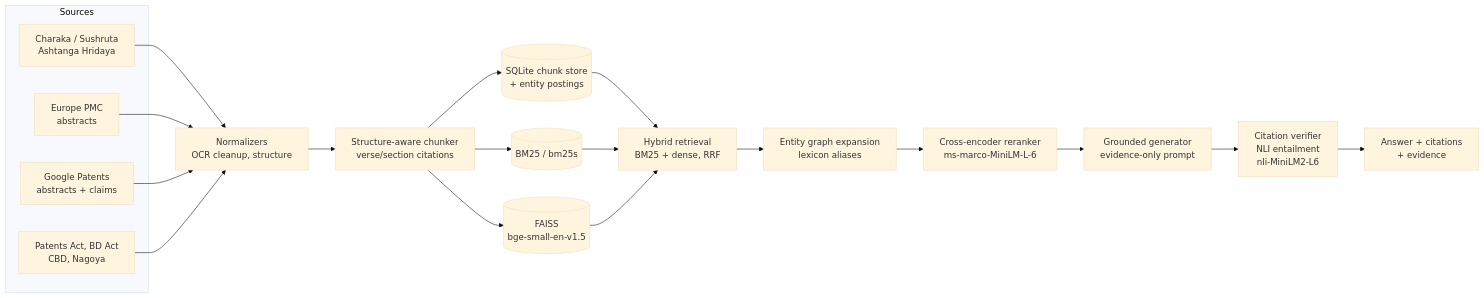
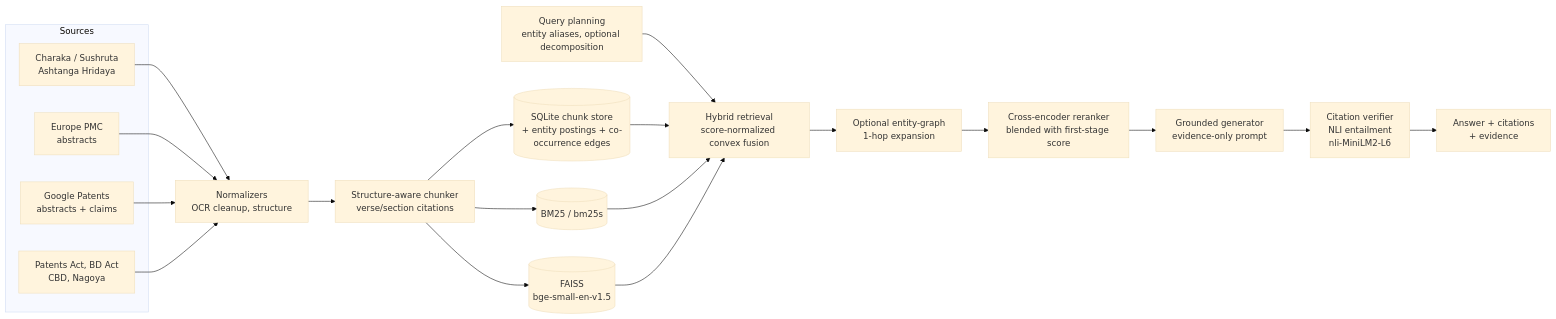
Before and after one commit to NucLeYA-techi/ayurveda-rag: the diagram in README.md, drawn with Mermaid (base theme). The commit also changed other lines of this file and 9 other files, not shown here.

Commit message:
Retrieval v2: convex hybrid fusion, blended reranking, optional graph

````diff
--- a/README.md
+++ b/README.md
@@ -13,20 +13,21 @@
 ```mermaid
 flowchart LR
     subgraph Sources
         C[Charaka / Sushruta<br/>Ashtanga Hridaya]
         P[Europe PMC<br/>abstracts]
         T[Google Patents<br/>abstracts + claims]
         L[Patents Act, BD Act<br/>CBD, Nagoya]
     end
     C & P & T & L --> N[Normalizers<br/>OCR cleanup, structure]
     N --> K[Structure-aware chunker<br/>verse/section citations]
-    K --> S[(SQLite chunk store<br/>+ entity postings)]
+    K --> S[(SQLite chunk store<br/>+ entity postings + co-occurrence edges)]
     K --> B[(BM25 / bm25s)]
     K --> D[(FAISS<br/>bge-small-en-v1.5)]
-    S & B & D --> H[Hybrid retrieval<br/>BM25 + dense, RRF]
-    H --> E[Entity graph expansion<br/>lexicon aliases]
-    E --> R[Cross-encoder reranker<br/>ms-marco-MiniLM-L-6]
+    Q[Query planning<br/>entity aliases, optional decomposition] --> H
+    S & B & D --> H[Hybrid retrieval<br/>score-normalized convex fusion]
+    H --> E[Optional entity-graph<br/>1-hop expansion]
+    E --> R[Cross-encoder reranker<br/>blended with first-stage score]
     R --> G[Grounded generator<br/>evidence-only prompt]
     G --> V[Citation verifier<br/>NLI entailment<br/>nli-MiniLM2-L6]
     V --> A[Answer + citations<br/>+ evidence]
 ```
````
